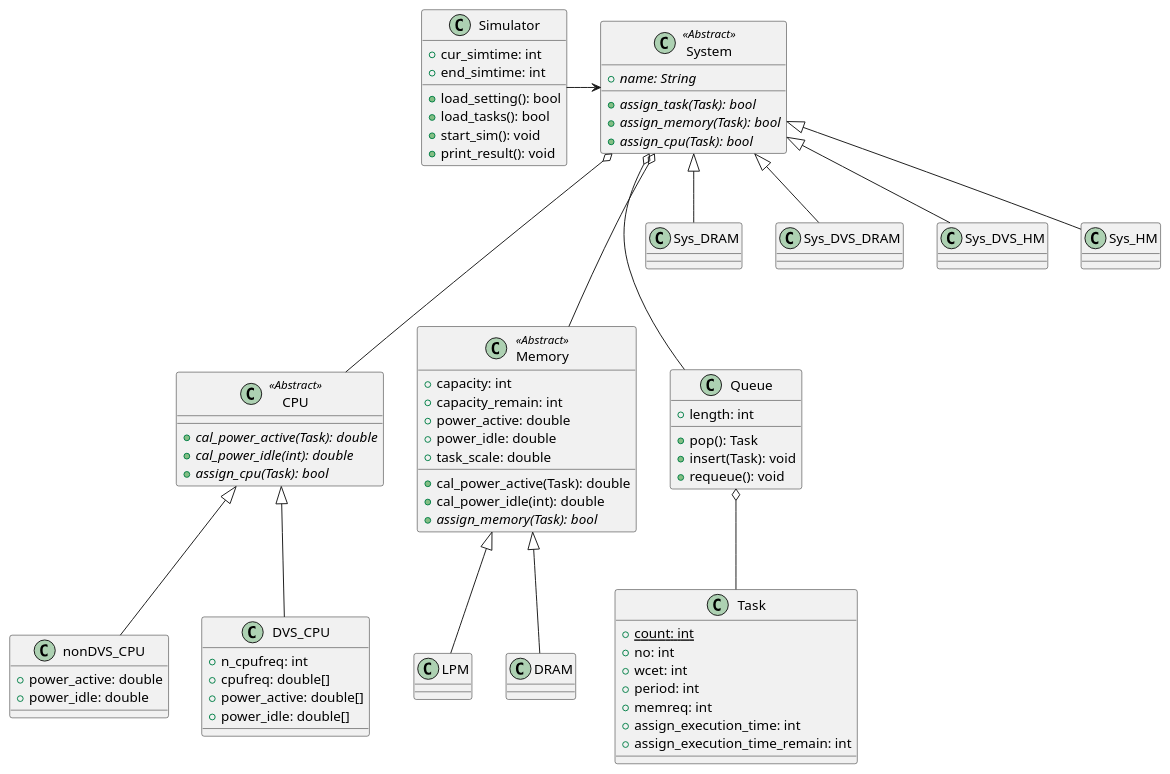
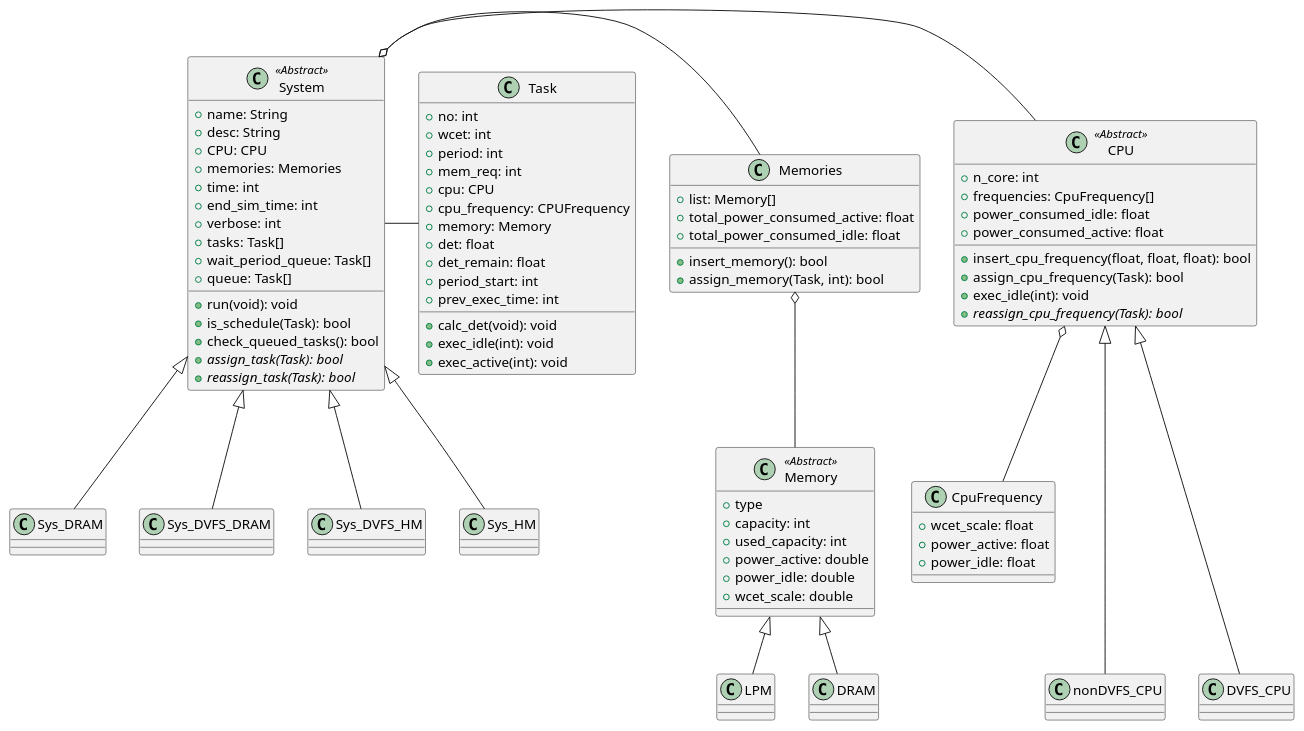
Before and after one commit to TacoCurry/RTSim: the diagram in Diagram/ClassDiagram.plantuml, drawn with PlantUML.

Commit message:
Modify class diagram

```diff
--- a/Diagram/ClassDiagram.plantuml
+++ b/Diagram/ClassDiagram.plantuml
@@ -1,135 +1,103 @@
-@startuml
+@startuml simulator
 
-/'Simulator'/
-
-class Simulator{
-    +{field} cur_simtime: int
-    +{field} end_simtime: int
-
-    +{method} load_setting(): bool
-    +{method} load_tasks(): bool 
-    +{method} start_sim(): void
-    +{method} print_result(): void
-}
-
-Simulator -> System
-
-/'<System>
-하나의 임베디드 시스템을 의미합니다.
-시스템은 CPU와 메모리 등으로 구성됩니다.
-'/
+/'<System>'/
 
 class System <<Abstract>>
 class System{
-    +{field}{abstract} name: String
+    +{field} name: String
+    +{field} desc: String
+    +{field} CPU: CPU
+    +{field} memories: Memories
+    +{field} time: int
+    +{field} end_sim_time: int
+    +{field} verbose: int
+    +{field} tasks: Task[]
+    +{field} wait_period_queue: Task[]
+    +{field} queue: Task[]
 
+    +{method} run(void): void
+    +{method} is_schedule(Task): bool
+    +{method} check_queued_tasks(): bool
     +{method}{abstract} assign_task(Task): bool
-    +{method}{abstract} assign_memory(Task): bool
-    +{method}{abstract} assign_cpu(Task): bool
+    +{method}{abstract} reassign_task(Task): bool
 }
 
-System o--- CPU
-System o--- Memory
-System o--- Queue
+System o- CPU
+System o- Memories
 System <|-- Sys_DRAM
-System <|-- Sys_DVS_DRAM
-System <|-- Sys_DVS_HM
+System <|-- Sys_DVFS_DRAM
+System <|-- Sys_DVFS_HM
 System <|-- Sys_HM
 
-class Sys_DRAM{
+/'<CPU>'/
+class CPU <<Abstract>>
+class CPU {
+    +{field} n_core: int
+    +{field} frequencies: CpuFrequency[]
+    +{field} power_consumed_idle: float
+    +{field} power_consumed_active: float
 
+    +{method} insert_cpu_frequency(float, float, float): bool
+    +{method} assign_cpu_frequency(Task): bool
+    +{method} exec_idle(int): void
+    +{method}{abstract} reassign_cpu_frequency(Task): bool
+} 
+
+CPU <|--- nonDVFS_CPU
+CPU <|--- DVFS_CPU
+CPU o-- CpuFrequency
+
+class CpuFrequency{
+    +{field} wcet_scale: float
+    +{field} power_active: float
+    +{field} power_idle: float
 }
 
-class Sys_HM{
+/'<Memory>'/
+class Memories{
+    +{field} list: Memory[]
+    +{field} total_power_consumed_active: float
+    +{field} total_power_consumed_idle: float
 
+    +{method} insert_memory(): bool
+    +{method} assign_memory(Task, int): bool
 }
-
-class Sys_DVS_DRAM{
-
-}
-
-class Sys_DVS_HM{
-
-}
-
-
-/'<CPU>
-CPU는 프로세서이며 System의 구성요소입니다.
-CPU는 하나입니다. (싱글코어 환경이므로)
-'/
-
-class CPU <<Abstract>>
-class CPU {
-    +{method}{abstract} cal_power_active(Task): double 
-    +{method}{abstract} cal_power_idle(int): double
-    +{method}{abstract} assign_cpu(Task): bool
-} 
-
-CPU <|-- nonDVS_CPU
-CPU <|-- DVS_CPU
-
-class DVS_CPU{
-    +{field} n_cpufreq: int
-    +{field} cpufreq: double[]
-    +{field} power_active: double[]
-    +{field} power_idle: double[]
-}
-
-class nonDVS_CPU{
-    +{field} power_active: double
-    +{field} power_idle: double
-}
-
-/'<Memory>
-Memory는 System의 구성요소입니다.
-System은 한 개 혹은 여러개의 메모리를 가집니다.'/
 
 class Memory <<Abstract>>
 class Memory{
+    +{field} type
     +{field} capacity: int
-    +{field} capacity_remain: int
+    +{field} used_capacity: int
     +{field} power_active: double
     +{field} power_idle: double
-    +{field} task_scale: double
-
-    +{method} cal_power_active(Task): double
-    +{method} cal_power_idle(int): double
-    +{method}{abstract} assign_memory(Task): bool
+    +{field} wcet_scale: double
 }
 
 Memory <|-- LPM
 Memory <|-- DRAM
+Memories o-- Memory
 
-class LPM{
-
-}
-
-class DRAM{
-
-}
-
-/'Queue'/
-class Queue{
-    +{field} length: int
-    
-    +{method} pop(): Task
-    +{method} insert(Task): void
-    +{method} requeue(): void
-}
-
-Queue o-- Task
 
 /'Task'/
-
 class Task{
-    +{static}{field} count: int
     +{field} no: int
     +{field} wcet: int
     +{field} period: int
-    +{field} memreq: int
-    +{field} assign_execution_time: int
-    +{field} assign_execution_time_remain: int
+    +{field} mem_req: int
+    +{field} cpu: CPU
+    +{field} cpu_frequency: CPUFrequency
+    +{field} memory: Memory
+    +{field} det: float
+    +{field} det_remain: float
+    +{field} period_start: int
+    +{field} prev_exec_time: int
 
+    +{method} calc_det(void): void
+    +{method} exec_idle(int): void
+    +{method} exec_active(int): void
 }
 
+System - Task
+
+
 @enduml
```
